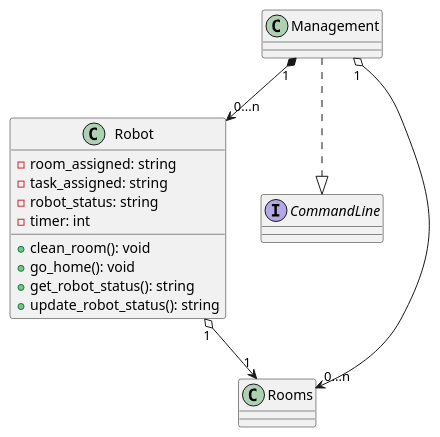
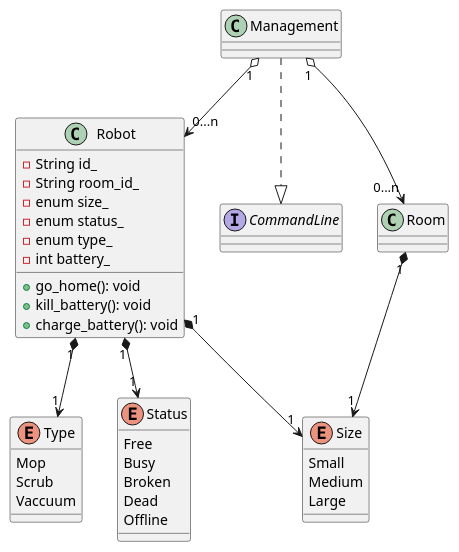
One commit to ur-cs-courses/course-project-krykna changed the diagram in docs/design/class_diagrams/robot_class_diagram.puml. Above: the diagram before and after it, drawn with PlantUML. The commit also changed 1 other file, not shown here.

Commit message:
Updated the robot class diagram
Revised the robot class diagram to reflect current state of Robot class

```diff
--- a/docs/design/class_diagrams/robot_class_diagram.puml
+++ b/docs/design/class_diagrams/robot_class_diagram.puml
@@ -1,20 +1,43 @@
 @startuml
 class Robot {
-  - room_assigned: string
-  - task_assigned: string
-  - robot_status: string
-  - timer: int
-  
-  + clean_room(): void
+  - String id_
+  - String room_id_
+  - enum size_
+  - enum status_
+  - enum type_
+  - int battery_
   + go_home(): void
-  + get_robot_status(): string
-  + update_robot_status(): string
+  + kill_battery(): void
+  + charge_battery(): void
+}
+
+enum Type {
+    Mop
+    Scrub
+    Vaccuum
+}
+
+enum Status {
+    Free
+    Busy
+    Broken
+    Dead
+    Offline
+}
+
+enum Size {
+    Small
+    Medium
+    Large
 }
 
 interface CommandLine {}
 
-Management "1" o--> "0...n" Rooms
-Management "1" *--> "0...n" Robot
-Robot "1" o--> "1" Rooms
+Management "1" o--> "0...n" Room
+Management "1" o--> "0...n" Robot
+Robot "1" *--> "1" Type
+Robot "1" *--> "1" Status
+Room "1" *--> "1" Size
+Robot "1" *--> "1" Size
 Management ..|> CommandLine
 @enduml
```
